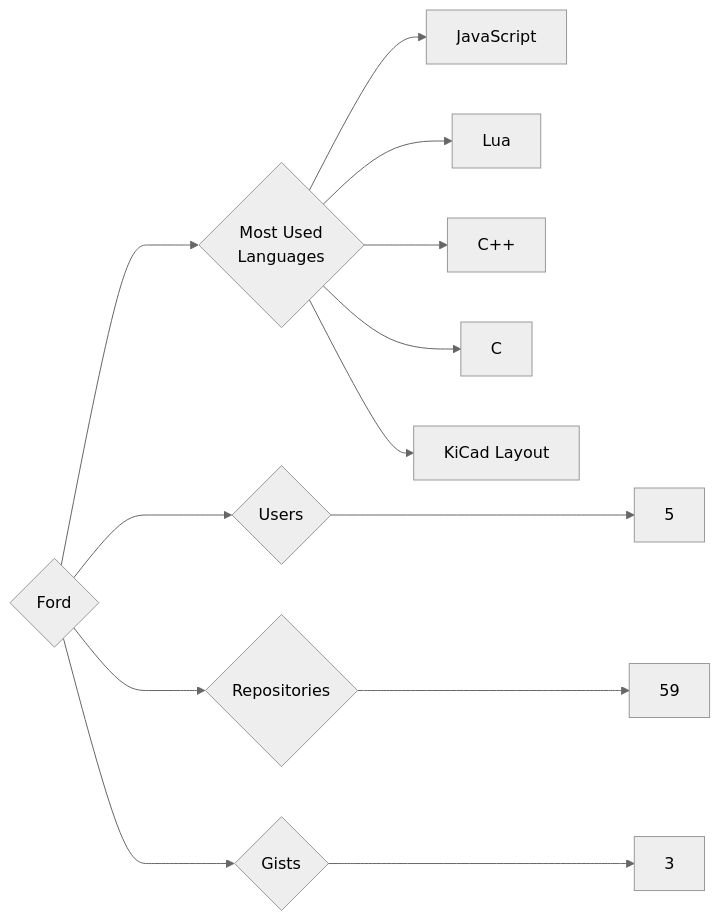
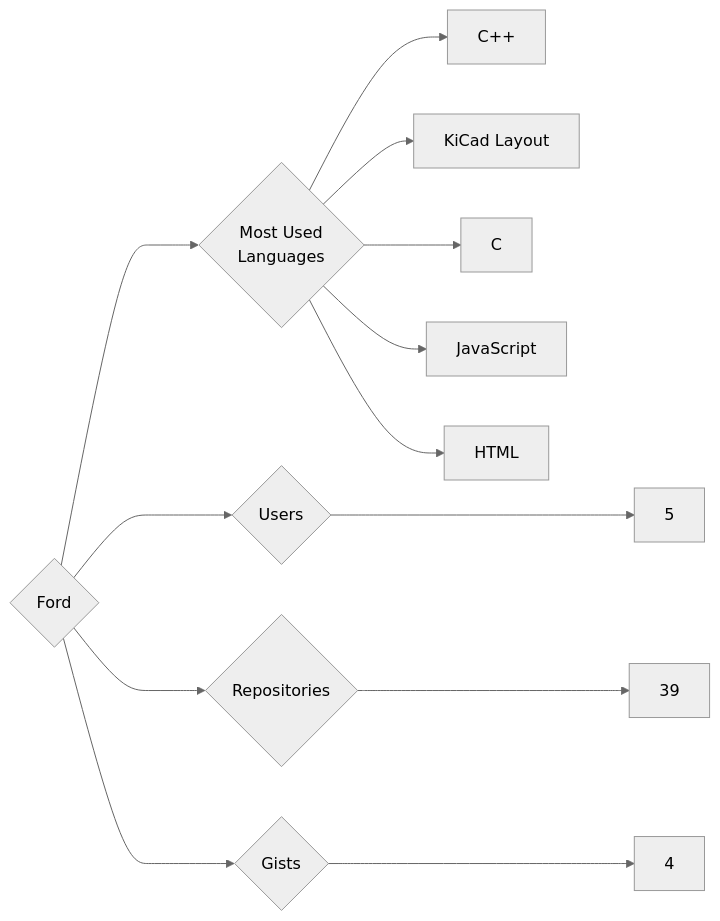
Before and after one commit to trickest/insiders: the diagram in targets/Ford/README.md, drawn with Mermaid (neutral theme). The commit also changed 988 other files, not shown here.

````diff
--- a/targets/Ford/README.md
+++ b/targets/Ford/README.md
@@ -3,13 +3,13 @@
 ```mermaid
 graph LR
 COMPANY_NAME{Ford}
 COMPANY_NAME ---> U{Users} ---> UN[5]
-COMPANY_NAME ---> R{Repositories} ---> RN[59]
-COMPANY_NAME ---> G{Gists} ---> GN[3]
+COMPANY_NAME ---> R{Repositories} ---> RN[39]
+COMPANY_NAME ---> G{Gists} ---> GN[4]
 COMPANY_NAME ---> ML{Most Used<br>Languages}
+ML --> C++[C++]
+ML --> KiCad_Layout[KiCad Layout]
+ML --> C[C]
 ML --> JavaScript[JavaScript]
-ML --> Lua[Lua]
-ML --> C++[C++]
-ML --> C[C]
-ML --> KiCad_Layout[KiCad Layout]
+ML --> HTML[HTML]
 ```
````
